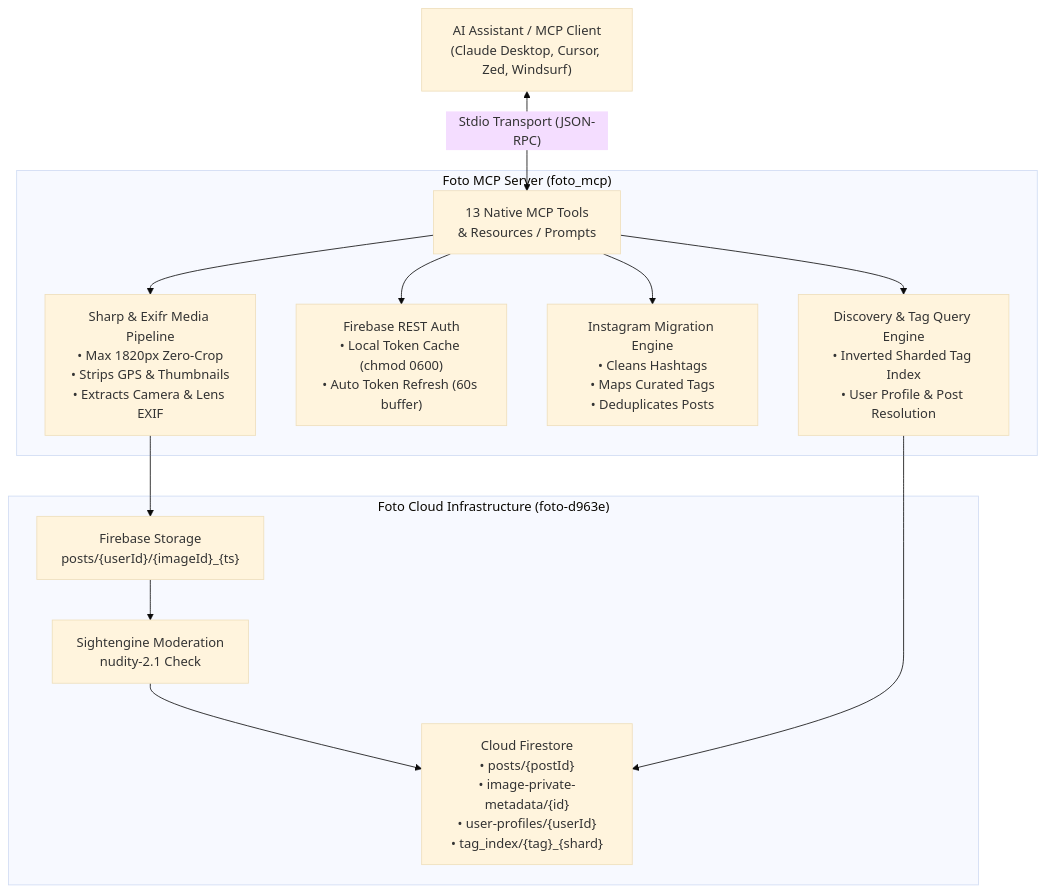
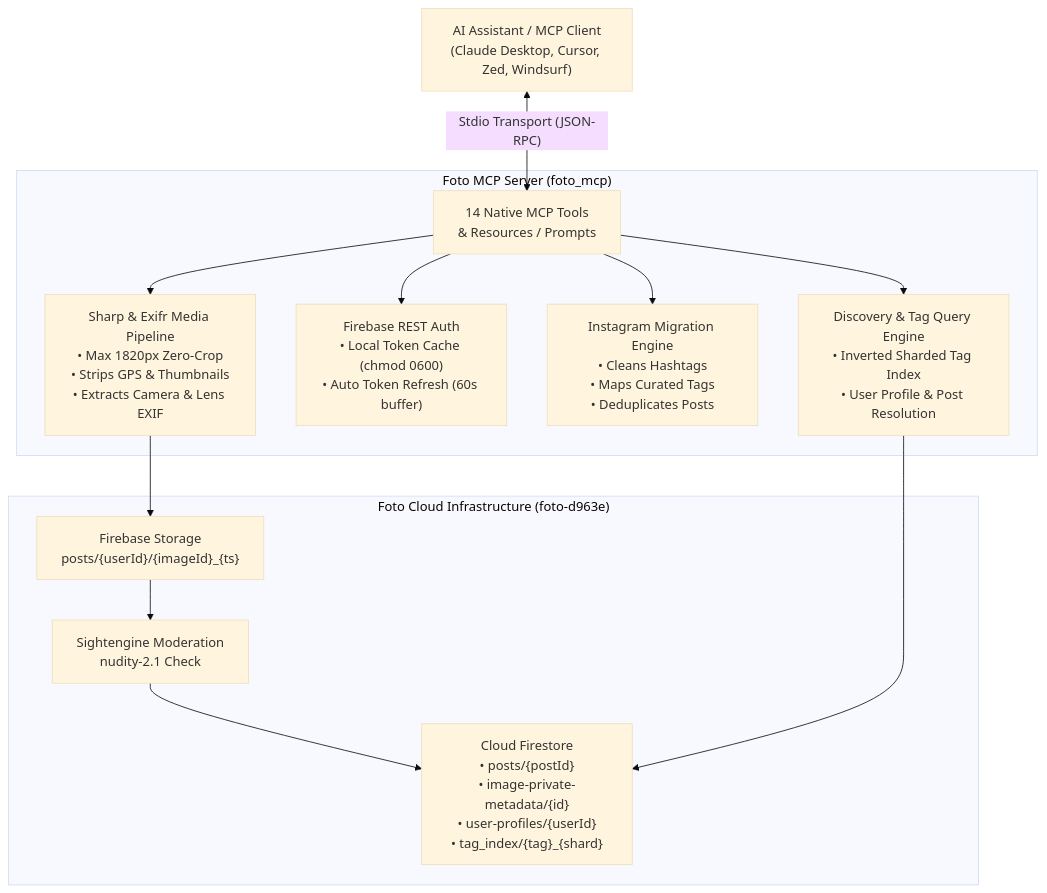
Before and after one commit to thesven/foto_mcp: the diagram in README.md, drawn with Mermaid (base theme). The commit also changed other lines of this file and 11 other files, not shown here.

````diff
--- a/README.md
+++ b/README.md
@@ -17,28 +17,28 @@
 ```mermaid
 flowchart TD
     Client["AI Assistant / MCP Client<br>(Claude Desktop, Cursor, Zed, Windsurf)"]
     
     subgraph Foto_MCP ["Foto MCP Server (foto_mcp)"]
-        Tools["13 Native MCP Tools<br>& Resources / Prompts"]
+        Tools["14 Native MCP Tools<br>& Resources / Prompts"]
         Proc["Sharp & Exifr Media Pipeline<br>• Max 1820px Zero-Crop<br>• Strips GPS & Thumbnails<br>• Extracts Camera & Lens EXIF"]
         Auth["Firebase REST Auth<br>• Local Token Cache (chmod 0600)<br>• Auto Token Refresh (60s buffer)"]
         Sync["Instagram Migration Engine<br>• Cleans Hashtags<br>• Maps Curated Tags<br>• Deduplicates Posts"]
         Discovery["Discovery & Tag Query Engine<br>• Inverted Sharded Tag Index<br>• User Profile & Post Resolution"]
     end
     
     subgraph Foto_Cloud ["Foto Cloud Infrastructure (foto-d963e)"]
         Storage["Firebase Storage<br>posts/{userId}/{imageId}_{ts}"]
         Sightengine["Sightengine Moderation<br>nudity-2.1 Check"]
         Firestore["Cloud Firestore<br>• posts/{postId}<br>• image-private-metadata/{id}<br>• user-profiles/{userId}<br>• tag_index/{tag}_{shard}"]
     end
 
     Client <-->|"Stdio Transport (JSON-RPC)"| Tools
     Tools --> Proc
     Tools --> Auth
     Tools --> Sync
     Tools --> Discovery
     Proc --> Storage
     Storage --> Sightengine
     Sightengine --> Firestore
     Discovery --> Firestore
 ```
````
